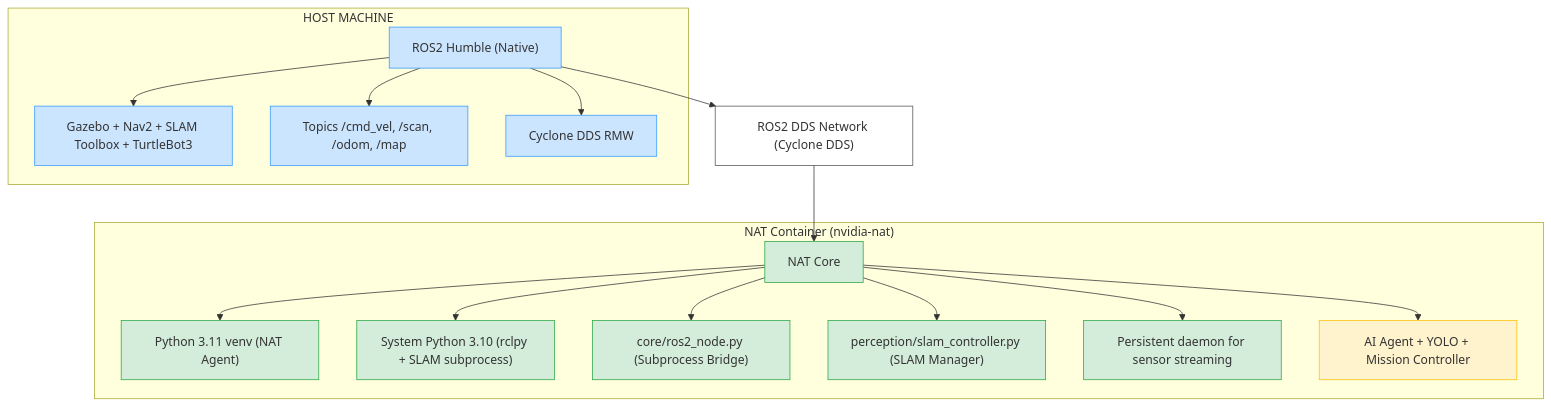
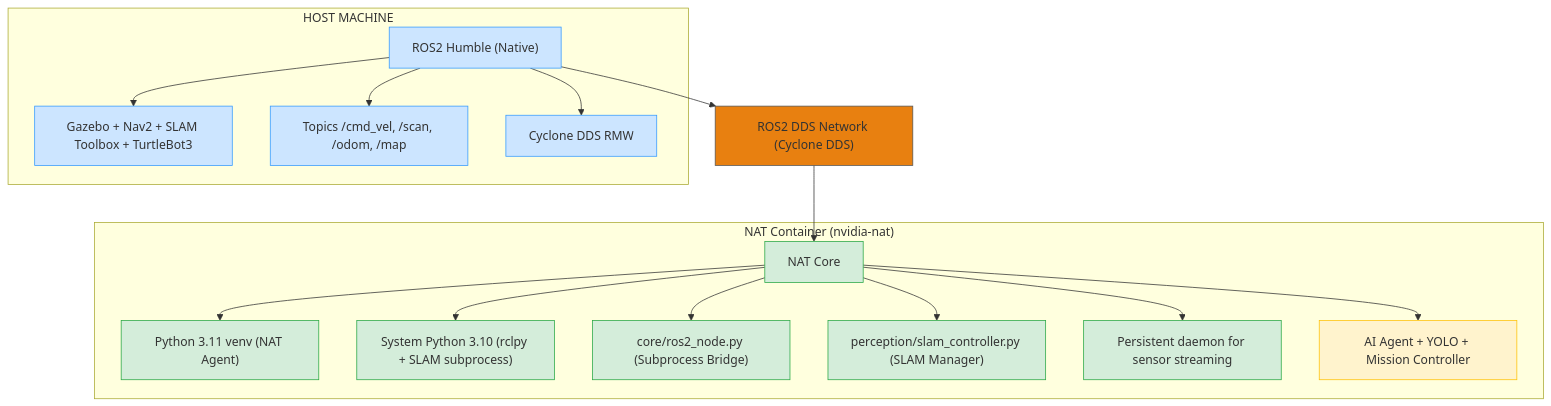
Before and after one commit to jerrynguy/final-project: the diagram in README.md, drawn with Mermaid.

Commit message:
update code

````diff
--- a/README.md
+++ b/README.md
@@ -175,39 +175,39 @@
 ```mermaid
 flowchart TD
 %% Class definitions for colors
 classDef ros2 fill:#cce5ff,stroke:#3399ff,stroke-width:1px,color:#333;
 classDef nat fill:#d4edda,stroke:#28a745,stroke-width:1px,color:#333;
 classDef ai fill:#fff3cd,stroke:#ffc107,stroke-width:1px,color:#333;
-classDef edge fill:none,stroke:#555,stroke-width:1px,color:#333;
+classDef edge fill:#e88010,stroke:#555,stroke-width:1px,color:#333;
 
 %% Subgraph Host Machine
 subgraph Host["HOST MACHINE"]
     ROS2Node["ROS2 Humble (Native)"]
     class ROS2Node ros2
     ROS2Node --> A1["Gazebo + Nav2 + SLAM Toolbox + TurtleBot3"]
     ROS2Node --> A2["Topics /cmd_vel, /scan, /odom, /map"]
     ROS2Node --> A3["Cyclone DDS RMW"]
     class A1,A2,A3 ros2
 end
 
 %% Subgraph NAT Container
 subgraph NAT["NAT Container (nvidia-nat)"]
     NATNode["NAT Core"]
     class NATNode nat
     NATNode --> B1["Python 3.11 venv (NAT Agent)"]
     NATNode --> B2["System Python 3.10 (rclpy + SLAM subprocess)"]
     NATNode --> B3["core/ros2_node.py (Subprocess Bridge)"]
     NATNode --> B4["perception/slam_controller.py (SLAM Manager)"]
     NATNode --> B5["Persistent daemon for sensor streaming"]
     NATNode --> B6["AI Agent + YOLO + Mission Controller"]
     class B1,B2,B3,B4,B5 nat
     class B6 ai
 end
 
 %% Edge with intermediate node for label
 DDS["ROS2 DDS Network (Cyclone DDS)"]
 class DDS ros2
 ROS2Node --> DDS --> NATNode
 class DDS edge
 
 ```
````
